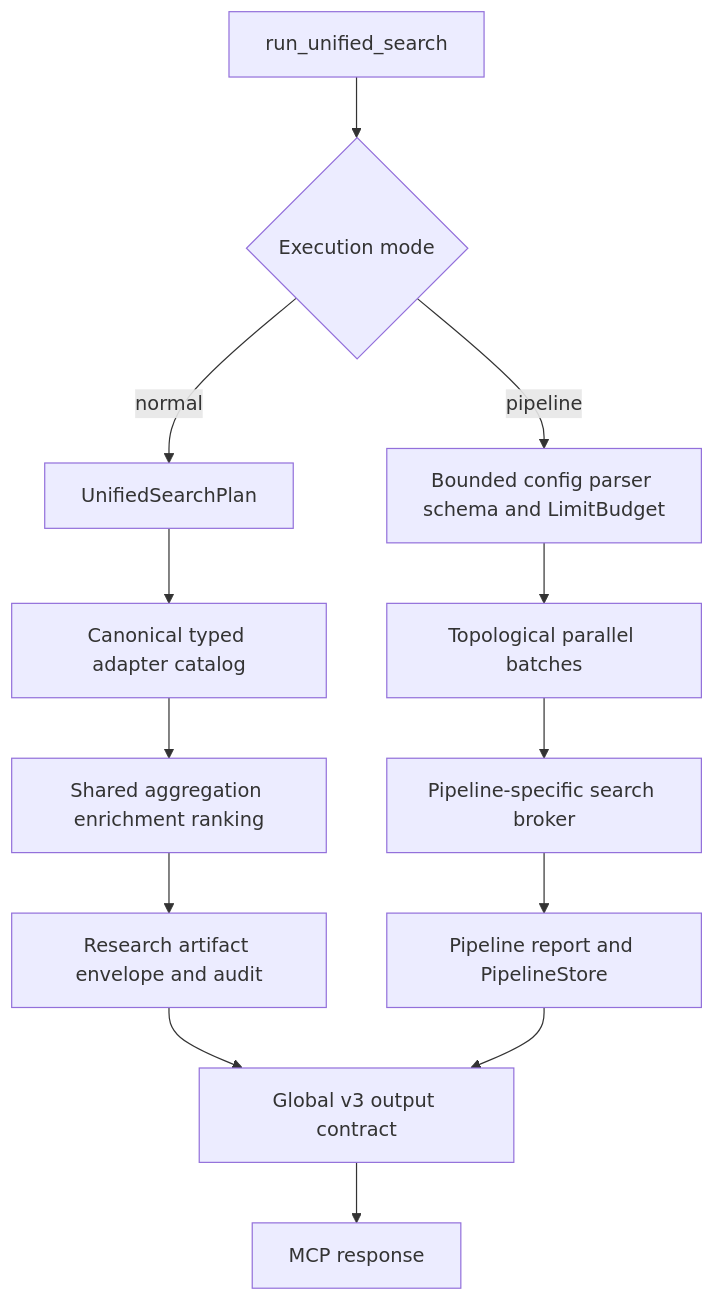
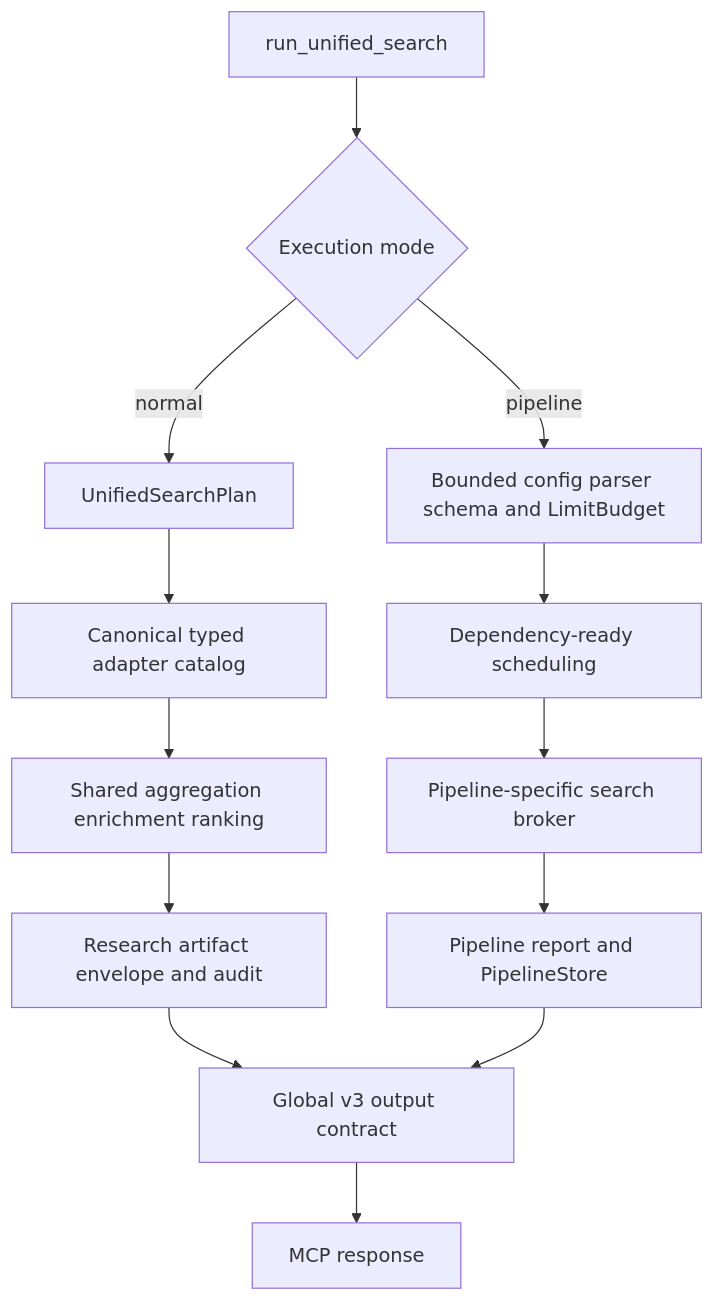
The third of 5 diagrams in docs/UNIFIED_SEARCH_ARCHITECTURE.md (u9401066/pubmed-search-mcp), drawn with Mermaid before and after one commit. The commit also changed other lines of this file and 14 other files, not shown here.

````diff
--- a/docs/UNIFIED_SEARCH_ARCHITECTURE.md
+++ b/docs/UNIFIED_SEARCH_ARCHITECTURE.md
@@ -105,18 +105,18 @@
 ```mermaid
 flowchart TD
     START["run_unified_search"] --> CHOICE{"Execution mode"}
 
     CHOICE -->|"normal"| NPLAN["UnifiedSearchPlan"]
     NPLAN --> NCAT["Canonical typed adapter catalog"]
     NCAT --> NAGG["Shared aggregation enrichment ranking"]
     NAGG --> NART["Research artifact envelope and audit"]
 
     CHOICE -->|"pipeline"| PCFG["Bounded config parser schema and LimitBudget"]
-    PCFG --> PDAG["Topological parallel batches"]
+    PCFG --> PDAG["Dependency-ready scheduling"]
     PDAG --> PBROKER["Pipeline-specific search broker"]
     PBROKER --> PREPORT["Pipeline report and PipelineStore"]
 
     NART --> CAP["Global v3 output contract"]
     PREPORT --> CAP
     CAP --> RESPONSE["MCP response"]
 ```
````
